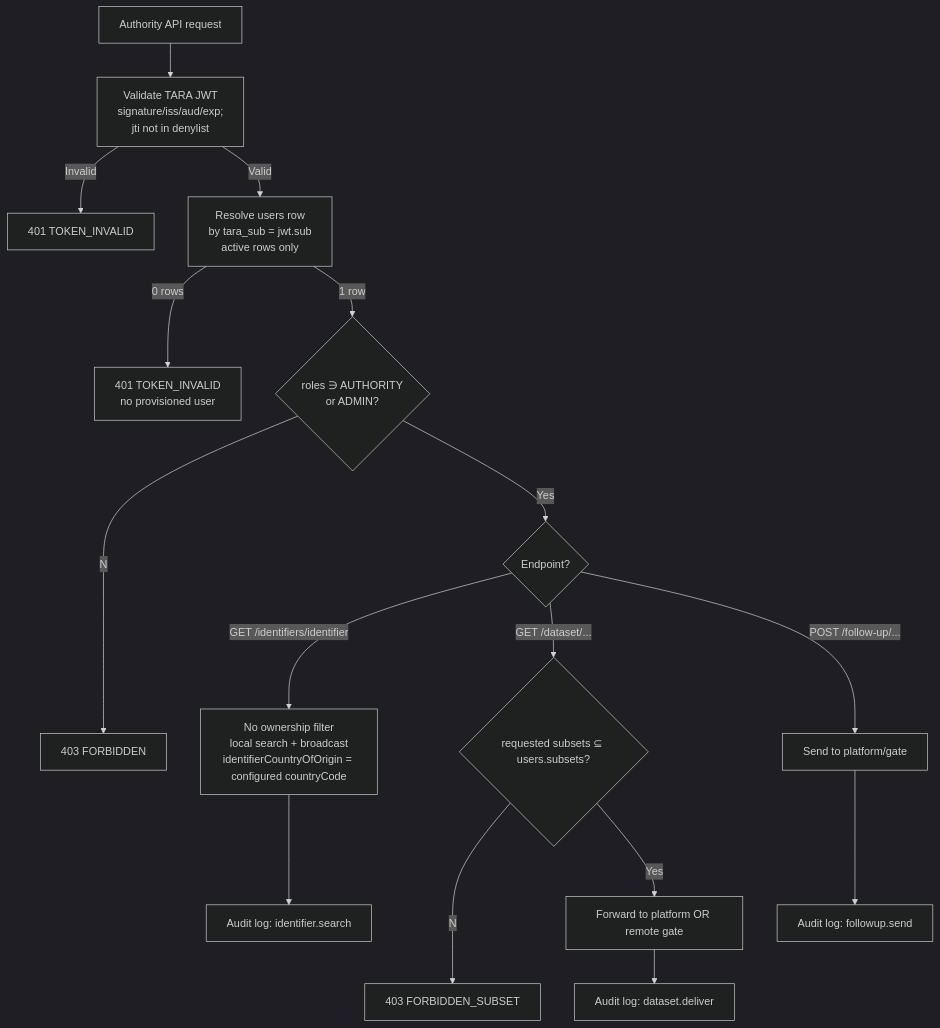
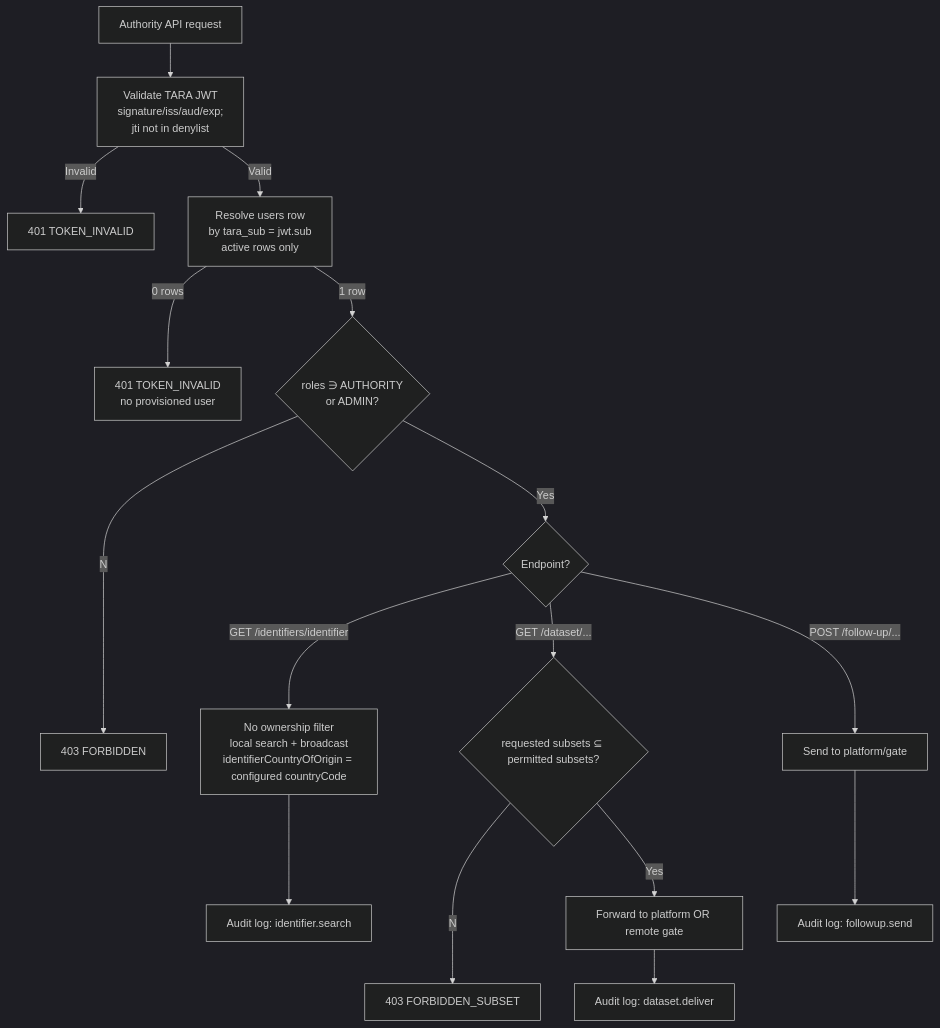
One commit to kemit-ee/efti-gate-ee changed the third of 4 diagrams in docs/specs/permissions-matrix.md. Above: the diagram before and after it, drawn with Mermaid (dark theme). The commit also changed other lines of this file and 15 other files, not shown here.

````diff
--- a/docs/specs/permissions-matrix.md
+++ b/docs/specs/permissions-matrix.md
@@ -134,18 +144,18 @@
 ```mermaid
 flowchart TD
     REQ[Authority API request] --> JWT[Validate TARA JWT<br/>signature/iss/aud/exp;<br/>jti not in denylist]
     JWT --Invalid--> R401[401 TOKEN_INVALID]
     JWT --Valid--> LOOK[Resolve users row<br/>by tara_sub = jwt.sub<br/>active rows only]
     LOOK --0 rows--> R401N[401 TOKEN_INVALID<br/>no provisioned user]
     LOOK --1 row--> ROLE{roles ∋ AUTHORITY<br/>or ADMIN?}
     ROLE --No--> R403[403 FORBIDDEN]
     ROLE --Yes--> ROUTE{Endpoint?}
     ROUTE -->|GET /identifiers/identifier| SEARCH["No ownership filter<br/>local search + broadcast<br/>identifierCountryOfOrigin = configured countryCode"]
-    ROUTE -->|GET /dataset/...| SUB{requested subsets ⊆ users.subsets?}
+    ROUTE -->|GET /dataset/...| SUB{requested subsets ⊆ permitted subsets?}
     SUB --No--> R403S[403 FORBIDDEN_SUBSET]
     SUB --Yes--> FWD[Forward to platform OR remote gate]
     ROUTE -->|POST /follow-up/...| FU[Send to platform/gate]
     SEARCH --> AUD[Audit log: identifier.search]
     FWD --> AUD2[Audit log: dataset.deliver]
     FU --> AUD3[Audit log: followup.send]
 ```
````
